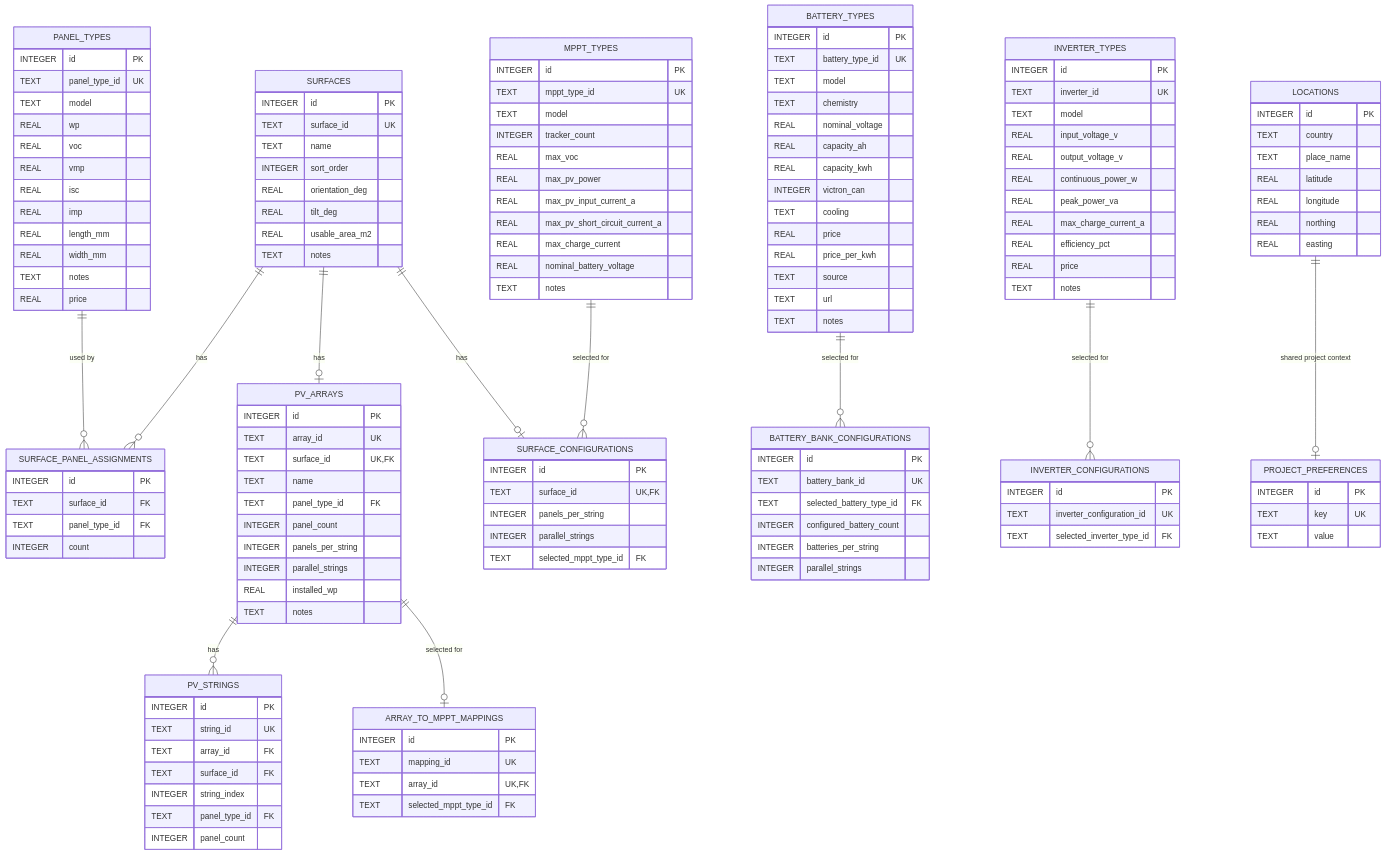
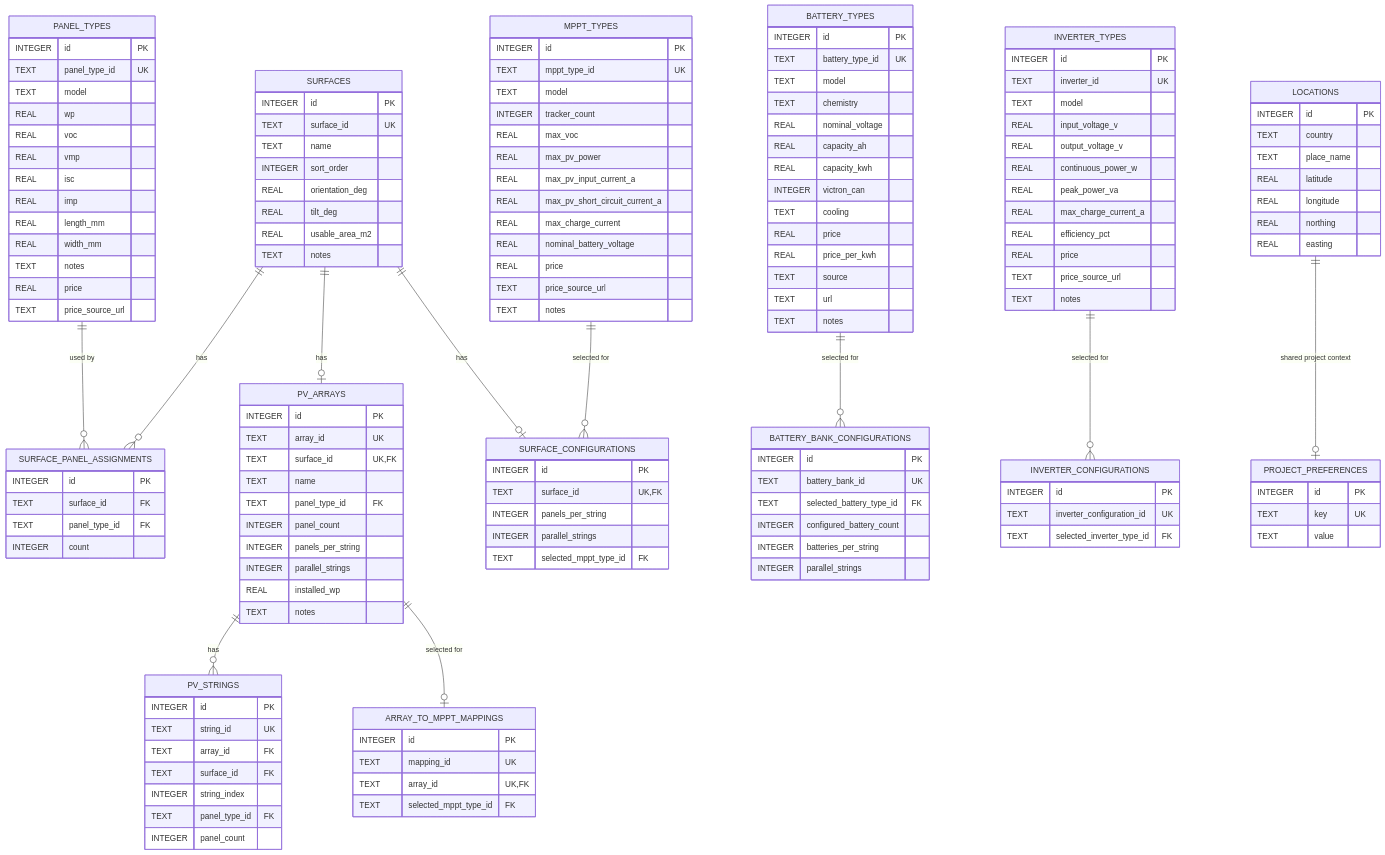
One commit to okkie2/OffGridOs changed the diagram in docs/database-schema.md. Above: the diagram before and after it, drawn with Mermaid. The commit also changed 7 other files, not shown here.

Commit message:
feat: add catalog price source urls

```diff
--- a/docs/database-schema.md
+++ b/docs/database-schema.md
@@ -40,6 +40,7 @@
         REAL width_mm
         TEXT notes
         REAL price
+        TEXT price_source_url
     }
 
     SURFACE_PANEL_ASSIGNMENTS {
@@ -98,6 +99,8 @@
         REAL max_pv_short_circuit_current_a
         REAL max_charge_current
         REAL nominal_battery_voltage
+        REAL price
+        TEXT price_source_url
         TEXT notes
     }
 
@@ -138,6 +141,7 @@
         REAL max_charge_current_a
         REAL efficiency_pct
         REAL price
+        TEXT price_source_url
         TEXT notes
     }
 
```
